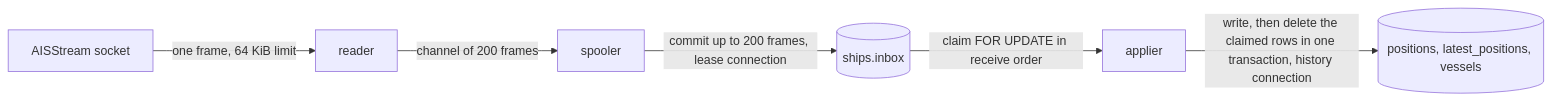
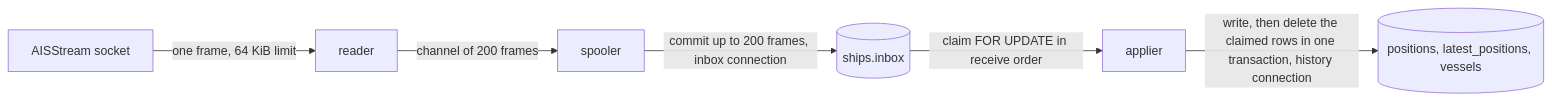
Before and after one commit to jomcgi-org/homelab: the first of 2 diagrams in projects/ships/ARCHITECTURE.md, drawn with Mermaid. The commit also changed other lines of this file and 2 other files, not shown here.

````diff
--- a/projects/ships/ARCHITECTURE.md
+++ b/projects/ships/ARCHITECTURE.md
@@ -111,8 +111,8 @@
 ```mermaid
 flowchart LR
   feed[AISStream socket] -->|one frame, 64 KiB limit| reader
   reader -->|channel of 200 frames| spooler
-  spooler -->|commit up to 200 frames, lease connection| inbox[(ships.inbox)]
+  spooler -->|commit up to 200 frames, inbox connection| inbox[(ships.inbox)]
   inbox -->|claim FOR UPDATE in receive order| applier
   applier -->|write, then delete the claimed rows in one transaction, history connection| tables[(positions, latest_positions, vessels)]
 ```
````
